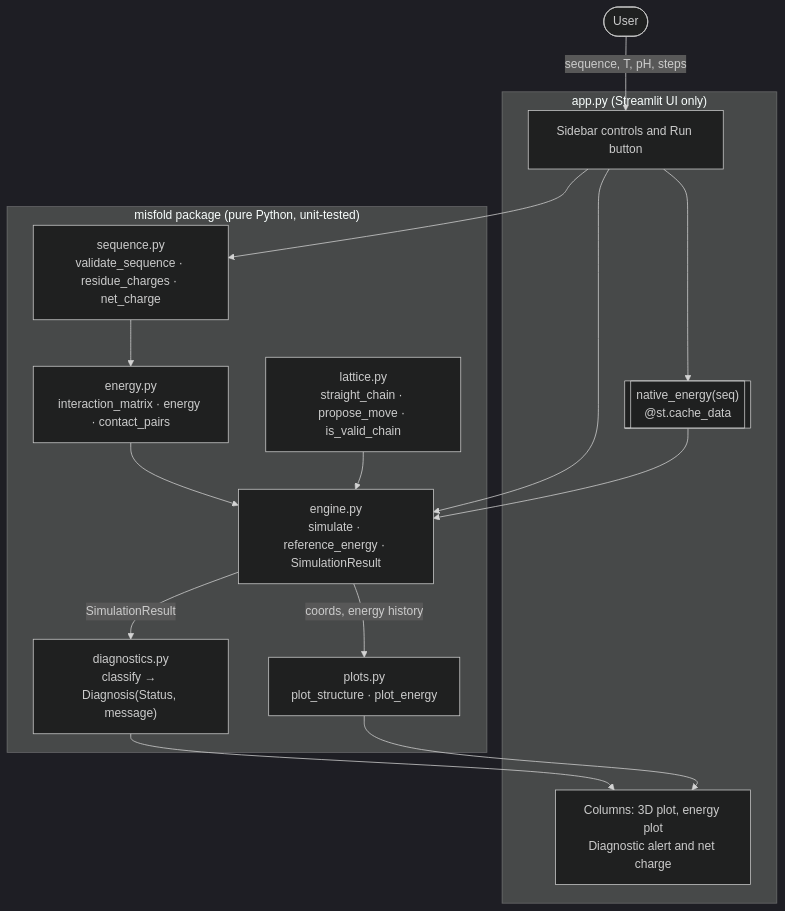
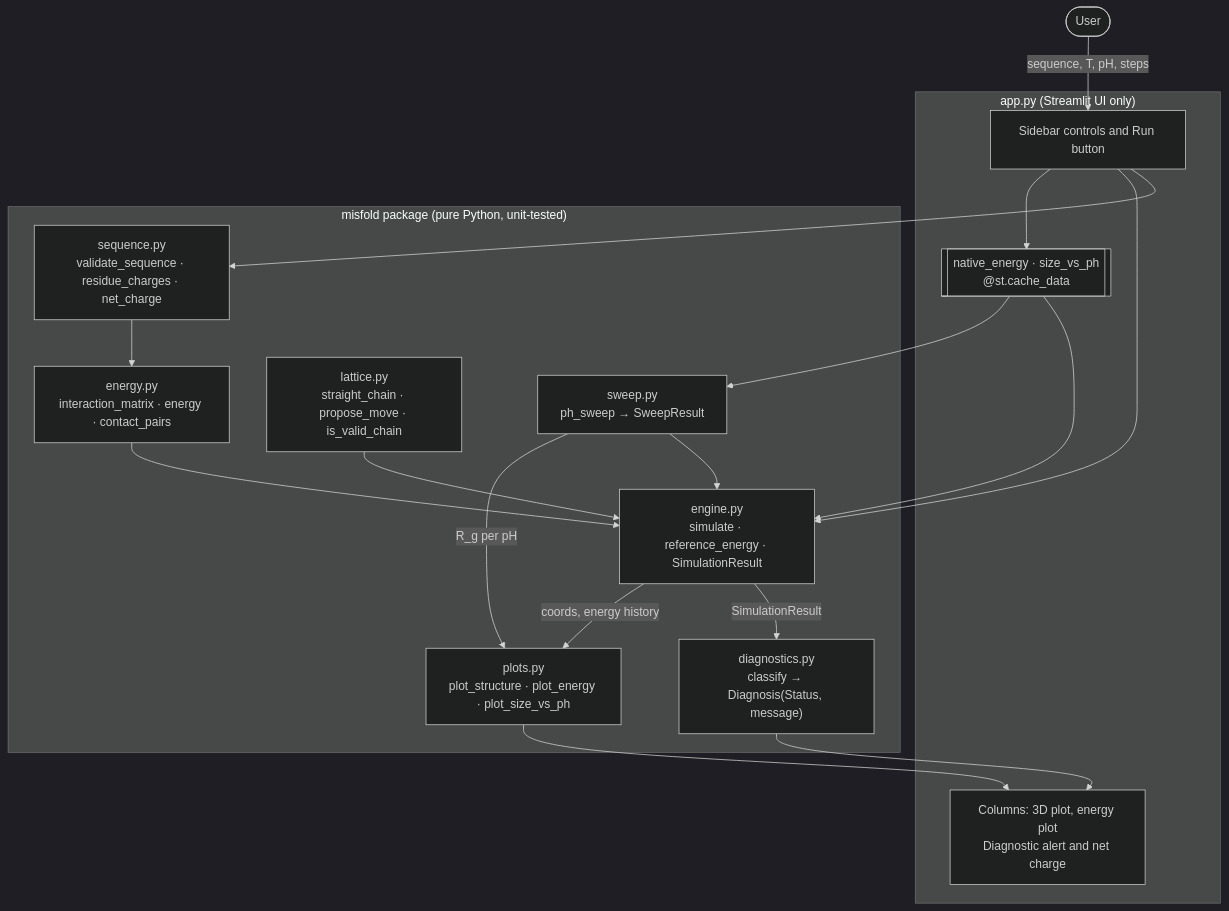
The first of 2 diagrams in README.md (samutayuga/missfold-protein), drawn with Mermaid (dark theme) before and after one commit. The commit also changed other lines of this file and 6 other files, not shown here.

First line of the commit message:
feat: pH vs particle size tab (radius of gyration sweep)

````diff
--- a/README.md
+++ b/README.md
@@ -98,30 +123,33 @@
 ```mermaid
 flowchart TD
     U([User]) -->|sequence, T, pH, steps| APP
 
     subgraph UI["app.py (Streamlit UI only)"]
         APP[Sidebar controls and Run button]
-        CACHE[["native_energy(seq)<br/>@st.cache_data"]]
+        CACHE[["native_energy · size_vs_ph<br/>@st.cache_data"]]
         VIEW[Columns: 3D plot, energy plot<br/>Diagnostic alert and net charge]
     end
 
     subgraph PKG["misfold package (pure Python, unit-tested)"]
         SEQ["sequence.py<br/>validate_sequence · residue_charges · net_charge"]
         EN["energy.py<br/>interaction_matrix · energy · contact_pairs"]
         LAT["lattice.py<br/>straight_chain · propose_move · is_valid_chain"]
         ENG["engine.py<br/>simulate · reference_energy · SimulationResult"]
         DIA["diagnostics.py<br/>classify → Diagnosis(Status, message)"]
-        PLT["plots.py<br/>plot_structure · plot_energy"]
+        PLT["plots.py<br/>plot_structure · plot_energy · plot_size_vs_ph"]
+        SWP["sweep.py<br/>ph_sweep → SweepResult"]
     end
 
     APP --> SEQ
     APP --> ENG
     APP --> CACHE --> ENG
+    CACHE --> SWP --> ENG
+    SWP -->|R_g per pH| PLT
     SEQ --> EN
     EN --> ENG
     LAT --> ENG
     ENG -->|SimulationResult| DIA
     ENG -->|coords, energy history| PLT
     DIA --> VIEW
     PLT --> VIEW
 ```
````
